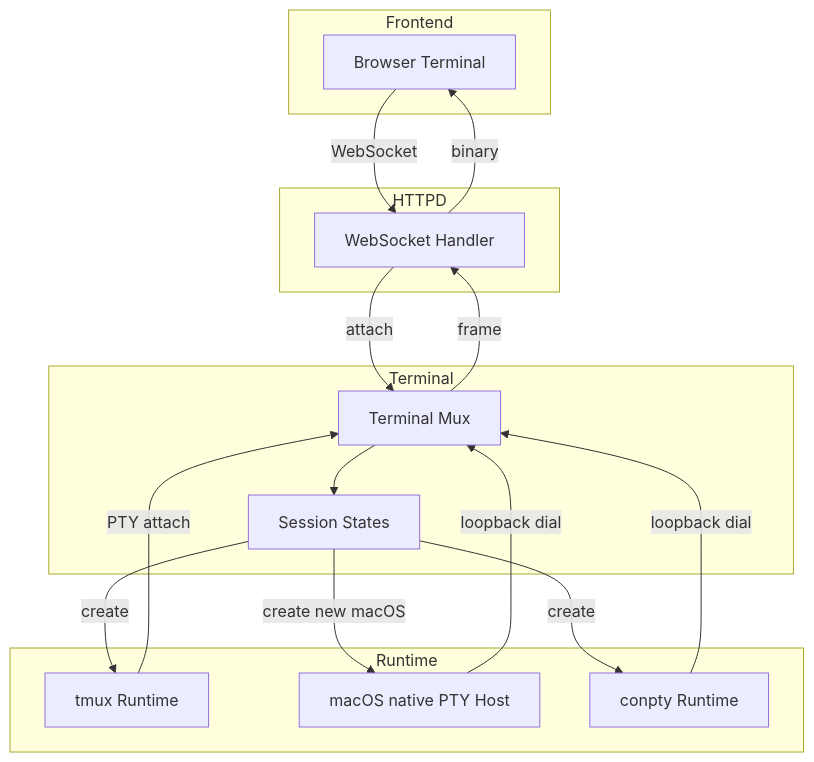
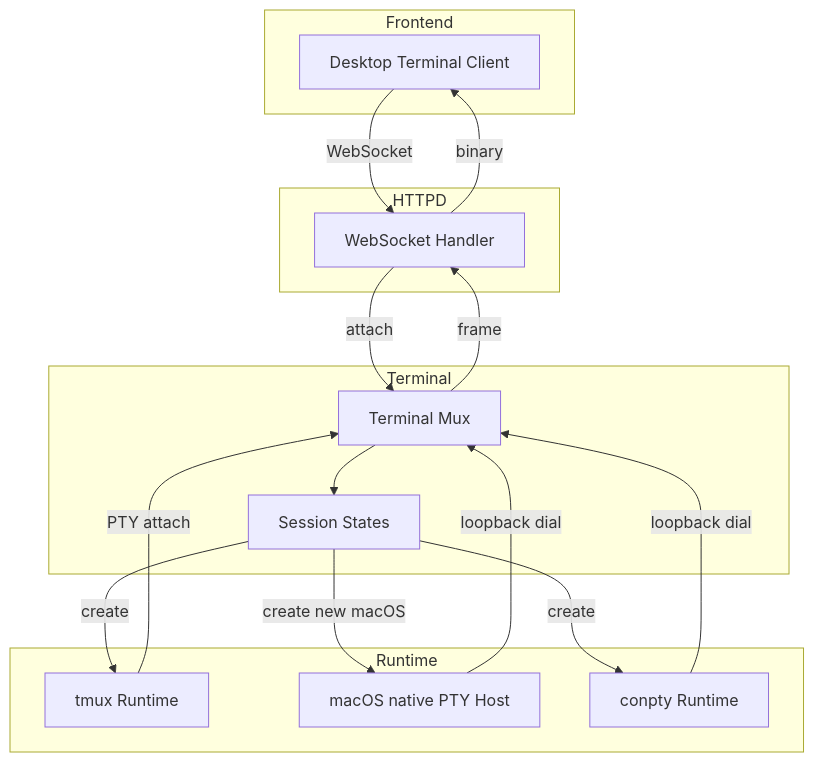
One commit to ercs-second-brain/agent-orchestrator changed diagram 22 of 23 in docs/architecture.md. Above: the diagram before and after it, drawn with Mermaid. The commit also changed other lines of this file and 90 other files, not shown here.

````diff
--- a/docs/architecture.md
+++ b/docs/architecture.md
@@ -955,36 +819,36 @@
 ```mermaid
 flowchart TD
     subgraph Frontend
-        Browser[Browser Terminal]
+        Client[Desktop Terminal Client]
     end
 
     subgraph HTTPD
         WS[WebSocket Handler]
     end
 
     subgraph Terminal
         Mux[Terminal Mux]
         Sessions[Session States]
     end
 
     subgraph Runtime
         TMux[tmux Runtime]
         MacPTY[macOS native PTY Host]
         ConPTY[conpty Runtime]
     end
 
-    Browser -->|WebSocket| WS
+    Client -->|WebSocket| WS
     WS -->|attach| Mux
     Mux --> Sessions
     Sessions -->|create| TMux
     Sessions -->|create new macOS| MacPTY
     Sessions -->|create| ConPTY
 
     TMux -->|PTY attach| Mux
     MacPTY -->|loopback dial| Mux
     ConPTY -->|loopback dial| Mux
 
     Mux -->|frame| WS
-    WS -->|binary| Browser
+    WS -->|binary| Client
 
 ```
````
